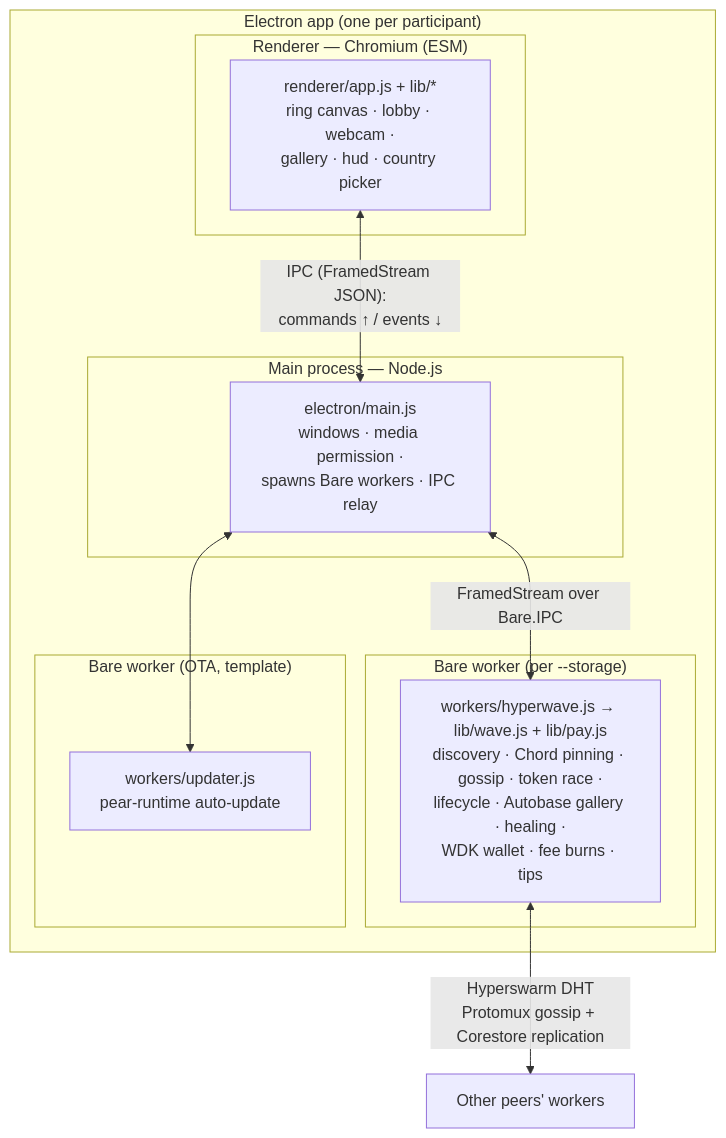
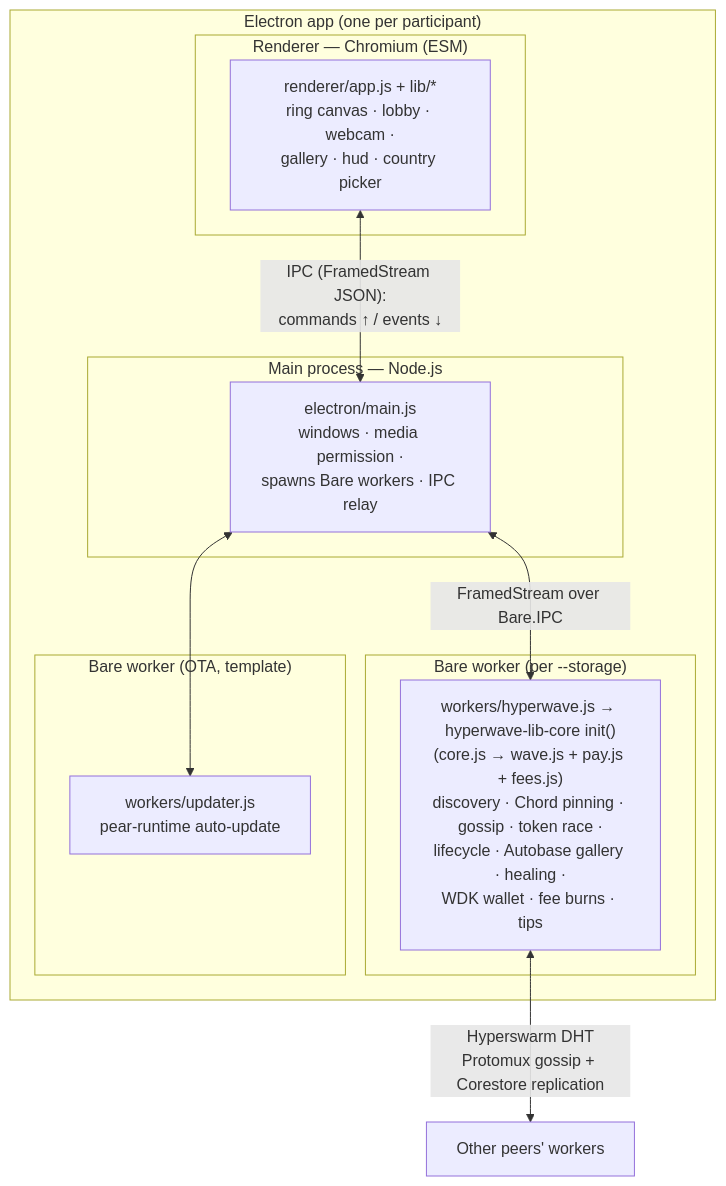
The diagram in docs/architecture.md (mnaamani/hyper-wave), drawn with Mermaid before and after one commit. The commit also changed other lines of this file and 13 other files, not shown here.

````diff
--- a/docs/architecture.md
+++ b/docs/architecture.md
@@ -16,23 +21,23 @@
 ```mermaid
 flowchart TB
   subgraph Electron["Electron app (one per participant)"]
     subgraph Main["Main process — Node.js"]
       M["electron/main.js<br/>windows · media permission ·<br/>spawns Bare workers · IPC relay"]
     end
     subgraph Renderer["Renderer — Chromium (ESM)"]
       R["renderer/app.js + lib/*<br/>ring canvas · lobby · webcam ·<br/>gallery · hud · country picker"]
     end
     subgraph Worker["Bare worker (per --storage)"]
-      W["workers/hyperwave.js → lib/wave.js + lib/pay.js<br/>discovery · Chord pinning · gossip · token race ·<br/>lifecycle · Autobase gallery · healing ·<br/>WDK wallet · fee burns · tips"]
+      W["workers/hyperwave.js → hyperwave-lib-core init()<br/>(core.js → wave.js + pay.js + fees.js)<br/>discovery · Chord pinning · gossip · token race ·<br/>lifecycle · Autobase gallery · healing ·<br/>WDK wallet · fee burns · tips"]
     end
     subgraph Updater["Bare worker (OTA, template)"]
       U["workers/updater.js<br/>pear-runtime auto-update"]
     end
   end
 
   R <-->|"IPC (FramedStream JSON):<br/>commands ↑ / events ↓"| M
   M <-->|"FramedStream over Bare.IPC"| W
   M <--> U
 
   W <-->|"Hyperswarm DHT<br/>Protomux gossip + Corestore replication"| Peers["Other peers' workers"]
 ```
````
